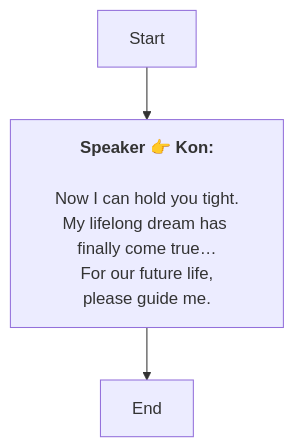
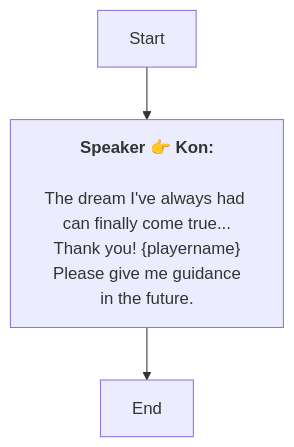
Before and after one commit to SoftHu/tos_avg: the diagram in En/DemoEnd.md, drawn with Mermaid. The commit also changed 297 other files, not shown here.

````diff
--- a/En/DemoEnd.md
+++ b/En/DemoEnd.md
@@ -1,11 +1,11 @@
 ```mermaid
 graph
 Start -->1739615973401801[<b>Speaker 👉 Kon:</b>
 
-Now I can hold you tight.
-My lifelong dream has finally come true…
-For our future life,
-please guide me.]
+The dream I've always had can finally come true...
+Thank you! &lbrace;playername&rbrace;
+Please give me guidance
+in the future.]
 1739615973401801 -->1739615962269896[End]
 
  ```
````
